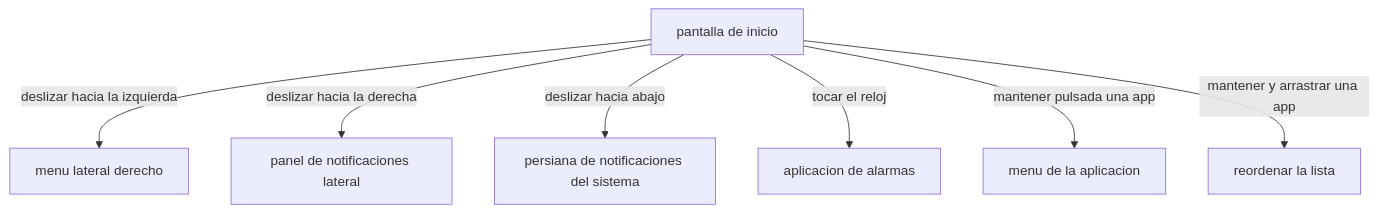
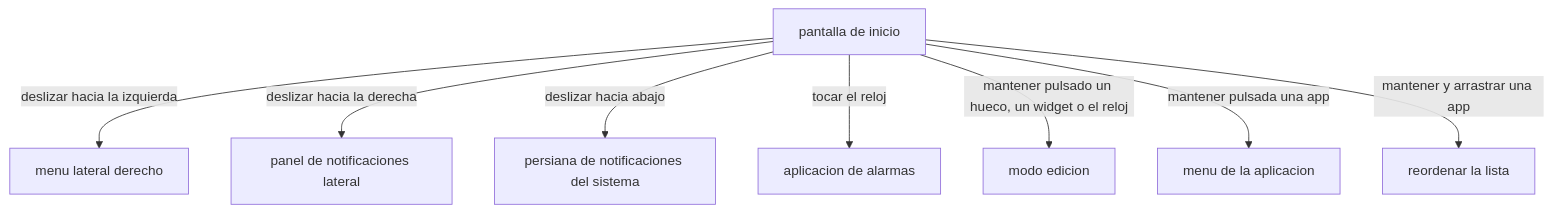
The diagram in documentation/es/usuarios/03-pantalla-de-inicio-y-gestos.md (rezzt-dev/focusphone-app), drawn with Mermaid before and after one commit. The commit also changed other lines of this file and 42 other files, not shown here.

````diff
--- a/documentation/es/usuarios/03-pantalla-de-inicio-y-gestos.md
+++ b/documentation/es/usuarios/03-pantalla-de-inicio-y-gestos.md
@@ -86,10 +135,11 @@
 ```mermaid
 flowchart TD
     H["pantalla de inicio"]
     H -->|"deslizar hacia la izquierda"| M["menu lateral derecho"]
     H -->|"deslizar hacia la derecha"| N["panel de notificaciones lateral"]
     H -->|"deslizar hacia abajo"| S["persiana de notificaciones del sistema"]
     H -->|"tocar el reloj"| A["aplicacion de alarmas"]
+    H -->|"mantener pulsado un hueco, un widget o el reloj"| E["modo edicion"]
     H -->|"mantener pulsada una app"| C["menu de la aplicacion"]
     H -->|"mantener y arrastrar una app"| R["reordenar la lista"]
 ```
````
